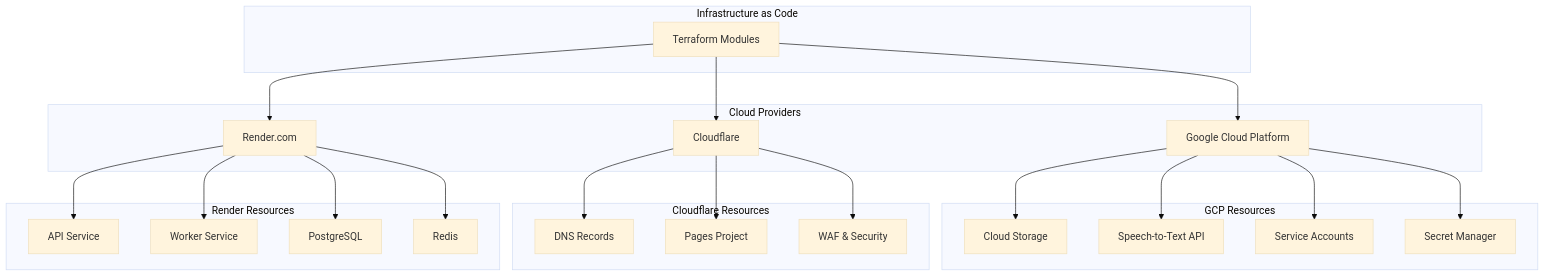
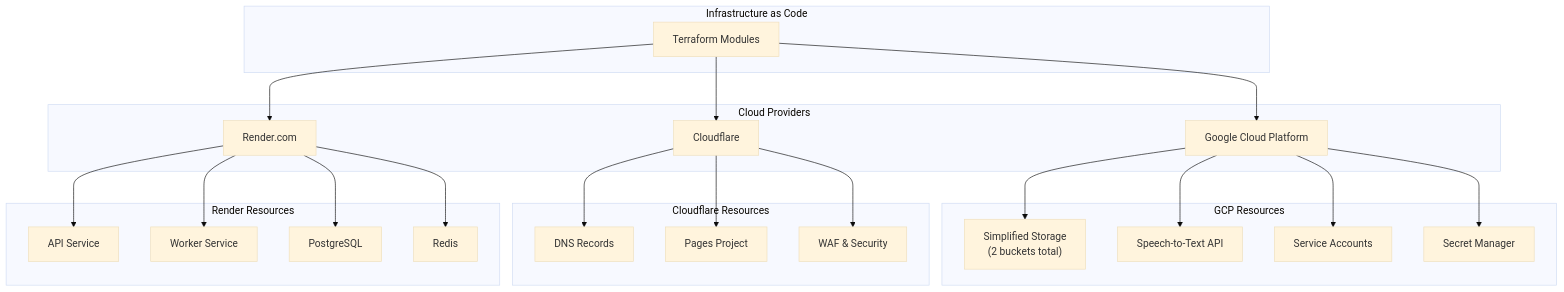
Before and after one commit to howie/coaching_transcript_tool: the diagram in terraform/README.md, drawn with Mermaid (base theme). The commit also changed other lines of this file, not shown here.

First line of the commit message:
docs: Update Terraform README with simplified storage architecture

````diff
--- a/terraform/README.md
+++ b/terraform/README.md
@@ -7,50 +7,50 @@
 ```mermaid
 graph TB
     subgraph "Infrastructure as Code"
         TF[Terraform Modules]
     end
     
     subgraph "Cloud Providers"
         GCP[Google Cloud Platform]
         CF[Cloudflare]
         RENDER[Render.com]
     end
     
     TF --> GCP
     TF --> CF
     TF --> RENDER
     
     subgraph "GCP Resources"
-        GCS[Cloud Storage]
+        GCS["Simplified Storage<br/>(2 buckets total)"]
         STT[Speech-to-Text API]
         IAM[Service Accounts]
         SM[Secret Manager]
     end
     
     subgraph "Cloudflare Resources"
         DNS[DNS Records]
         PAGES[Pages Project]
         WAF[WAF & Security]
     end
     
     subgraph "Render Resources"
         API[API Service]
         WORKER[Worker Service]
         DB[PostgreSQL]
         REDIS[Redis]
     end
     
     GCP --> GCS
     GCP --> STT
     GCP --> IAM
     GCP --> SM
     
     CF --> DNS
     CF --> PAGES
     CF --> WAF
     
     RENDER --> API
     RENDER --> WORKER
     RENDER --> DB
     RENDER --> REDIS
 ```
````
